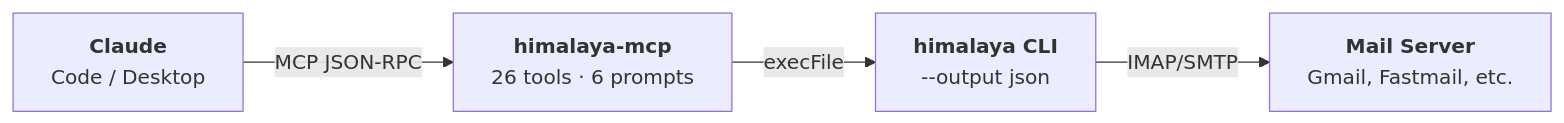
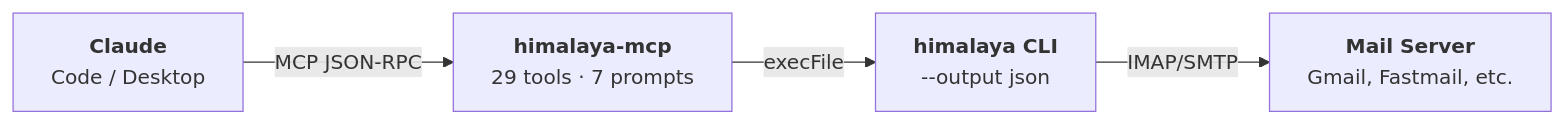
The diagram in docs/index.md (Data-Wise/himalaya-mcp), drawn with Mermaid before and after one commit. The commit also changed other lines of this file and 21 other files, not shown here.

````diff
--- a/docs/index.md
+++ b/docs/index.md
@@ -67,10 +67,10 @@
 ```mermaid
 flowchart LR
     A["`**Claude**
     Code / Desktop`"] -->|MCP JSON-RPC| B["`**himalaya-mcp**
-    26 tools · 6 prompts`"]
+    29 tools · 7 prompts`"]
     B -->|execFile| C["`**himalaya CLI**
     --output json`"]
     C -->|IMAP/SMTP| D["`**Mail Server**
     Gmail, Fastmail, etc.`"]
 ```
````
